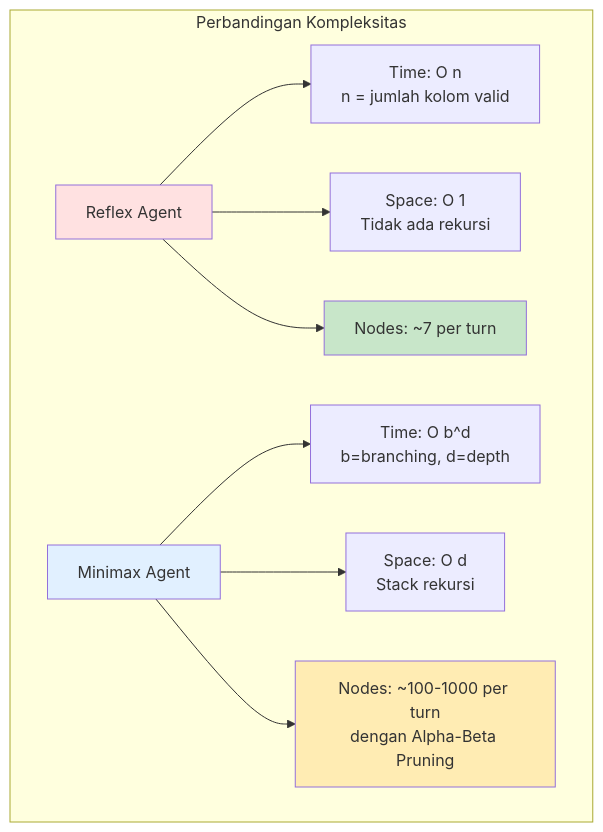
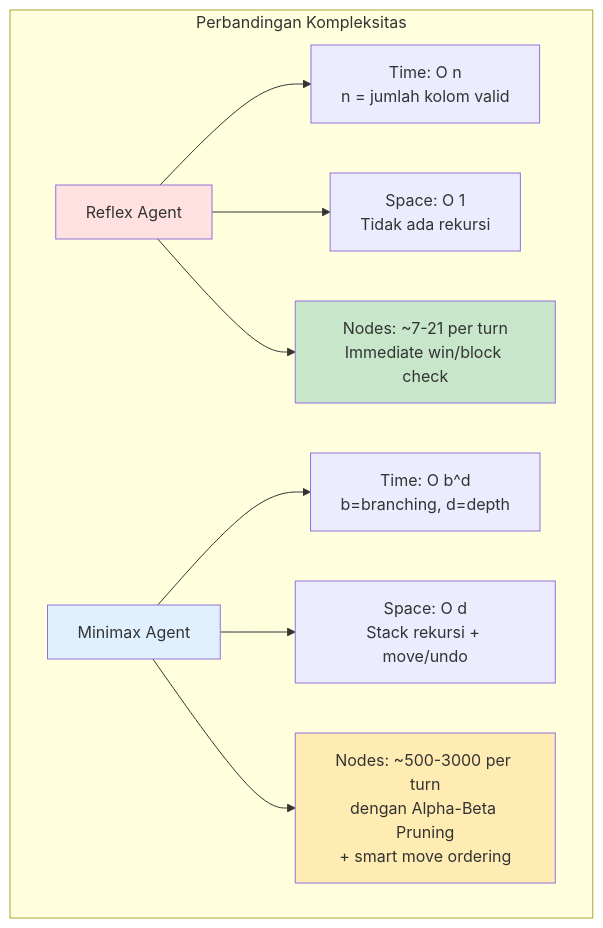
One commit to mrizalbasri/Connect_Four changed the fourth of 5 diagrams in flowchart_ai_algorithms.md. Above: the diagram before and after it, drawn with Mermaid. The commit also changed other lines of this file and 5 other files, not shown here.

````diff
--- a/flowchart_ai_algorithms.md
+++ b/flowchart_ai_algorithms.md
@@ -163,20 +190,20 @@
 ```mermaid
 graph TD
     subgraph Complexity["Perbandingan Kompleksitas"]
         A[Reflex Agent]
         B[Minimax Agent]
 
         A --> A1[Time: O n<br/>n = jumlah kolom valid]
         A --> A2[Space: O 1<br/>Tidak ada rekursi]
-        A --> A3[Nodes: ~7 per turn]
+        A --> A3[Nodes: ~7-21 per turn<br/>Immediate win/block check]
 
         B --> B1[Time: O b^d<br/>b=branching, d=depth]
-        B --> B2[Space: O d<br/>Stack rekursi]
-        B --> B3[Nodes: ~100-1000 per turn<br/>dengan Alpha-Beta Pruning]
+        B --> B2[Space: O d<br/>Stack rekursi + move/undo]
+        B --> B3[Nodes: ~500-3000 per turn<br/>dengan Alpha-Beta Pruning<br/>+ smart move ordering]
     end
 
     style A fill:#ffe1e1
     style B fill:#e1f0ff
     style A3 fill:#c8e6c9
     style B3 fill:#ffecb3
 ```
````
